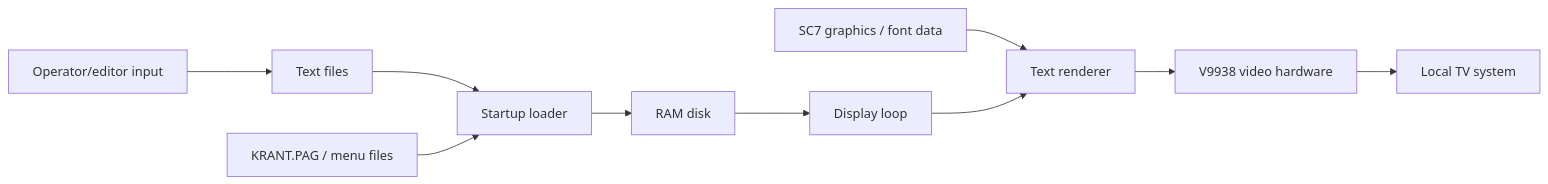
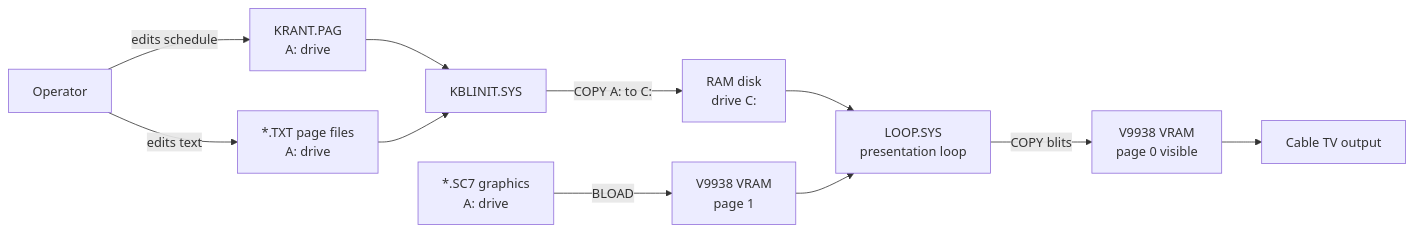
The second of 3 diagrams in docs/ARCHITECTURE.md (Ritbit/MSX-Kabelkrant), drawn with Mermaid before and after one commit. The commit also changed other lines of this file and 8 other files, not shown here.

First line of the commit message:
docs: major documentation overhaul — ZZBO context, history, screenshots, architecture

````diff
--- a/docs/ARCHITECTURE.md
+++ b/docs/ARCHITECTURE.md
@@ -20,12 +66,13 @@
 ```mermaid
 flowchart LR
-    Editor[Operator/editor input] --> TextFiles[Text files]
-    TextFiles --> Loader[Startup loader]
-    PageConfig[KRANT.PAG / menu files] --> Loader
-    Loader --> RAMDisk[RAM disk]
-    RAMDisk --> MainLoop[Display loop]
-    Assets[SC7 graphics / font data] --> Renderer[Text renderer]
-    MainLoop --> Renderer
-    Renderer --> VDP[V9938 video hardware]
-    VDP --> TV[Local TV system]
+    Operator[Operator] -->|edits text| TXT[*.TXT page files\nA: drive]
+    Operator -->|edits schedule| PAG[KRANT.PAG\nA: drive]
+    PAG --> INIT[KBLINIT.SYS]
+    TXT --> INIT
+    INIT -->|COPY A: to C:| RAMD[RAM disk\ndrive C:]
+    SC7[*.SC7 graphics\nA: drive] -->|BLOAD| VRAM[V9938 VRAM\npage 1]
+    RAMD --> LOOP[LOOP.SYS\npresentation loop]
+    VRAM --> LOOP
+    LOOP -->|COPY blits| VDP[V9938 VRAM\npage 0 visible]
+    VDP --> TV[Cable TV output]
 ```
````
